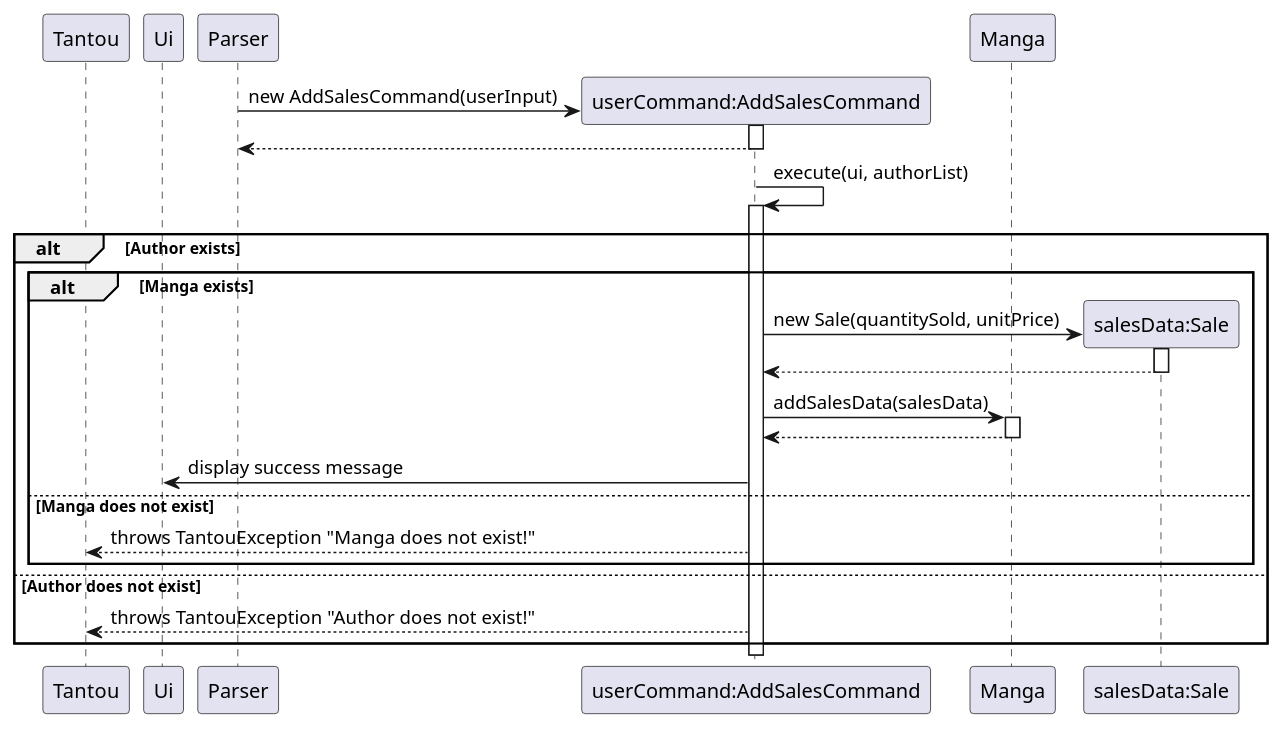
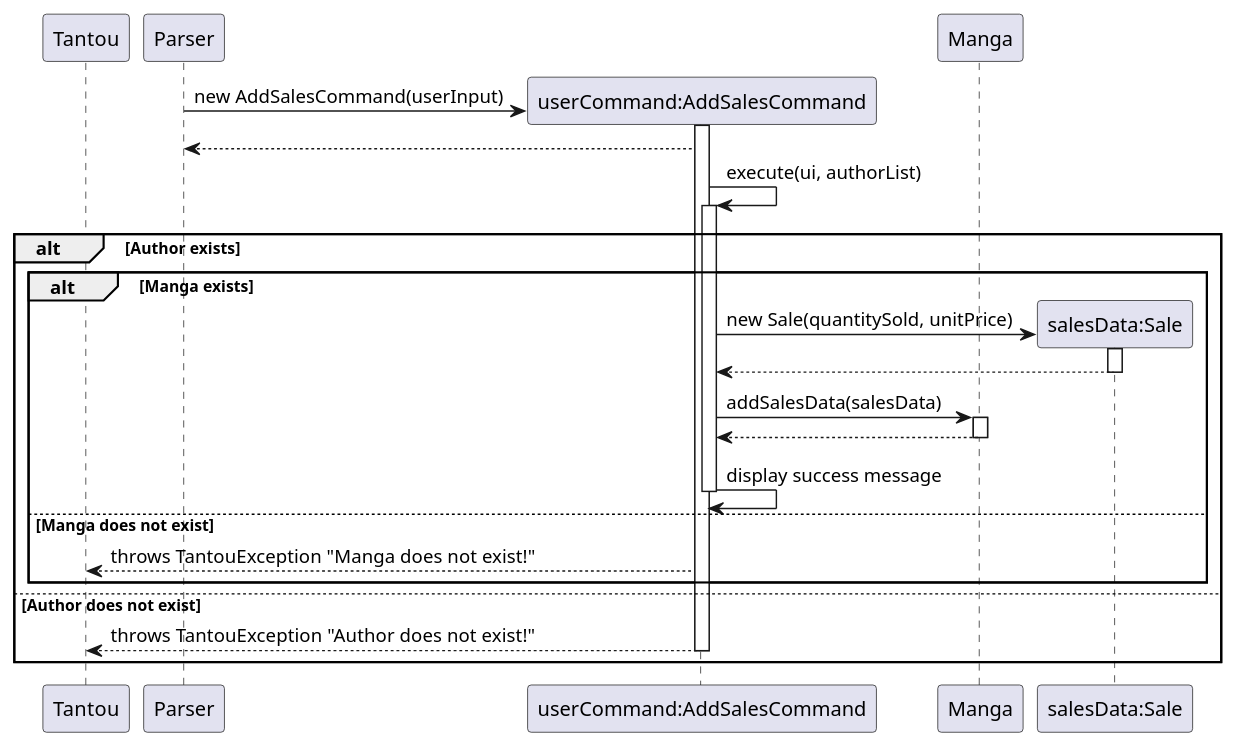
One commit to xenthm/tp changed the diagram in docs/uml/puml/addsalesdata.puml. Above: the diagram before and after it, drawn with PlantUML. The commit also changed 1 other file, not shown here.

Commit message:
Correct activation bars in sequence diagram

```diff
--- a/docs/uml/puml/addsalesdata.puml
+++ b/docs/uml/puml/addsalesdata.puml
@@ -1,36 +1,38 @@
 @startuml
 
 participant Tantou
-participant Ui
+
 participant Parser
 participant "userCommand:AddSalesCommand" as userCommand
 participant Manga
 
 create userCommand
 Parser -> userCommand : new AddSalesCommand(userInput)
 activate userCommand
 Parser <-- userCommand
-deactivate userCommand
+
 
 userCommand -> userCommand: execute(ui, authorList)
 alt Author exists
 activate userCommand
     alt Manga exists
         create "salesData:Sale" as Sale
         userCommand -> Sale : new Sale(quantitySold, unitPrice)
         activate Sale
         Sale --> userCommand
         deactivate Sale
         userCommand -> Manga : addSalesData(salesData)
         activate Manga
         Manga --> userCommand :
         deactivate Manga
-        userCommand -> Ui : display success message
+        userCommand -> userCommand: display success message
+        deactivate userCommand
     else Manga does not exist
         userCommand --> Tantou : throws TantouException "Manga does not exist!"
     end
 else Author does not exist
     userCommand --> Tantou : throws TantouException "Author does not exist!"
+    deactivate userCommand
 end
 
 @enduml
```
